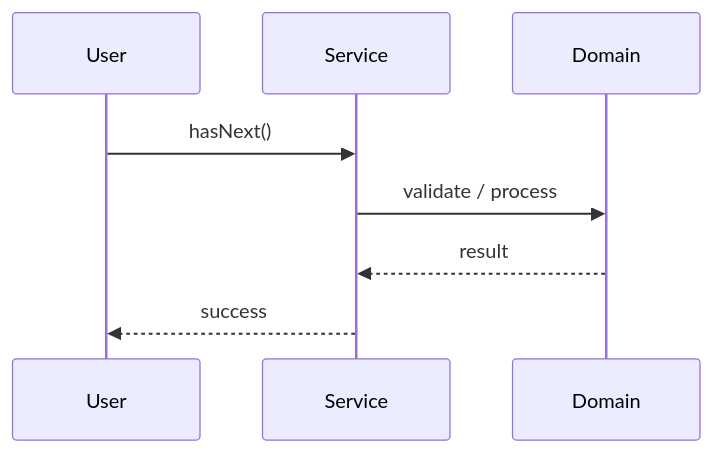
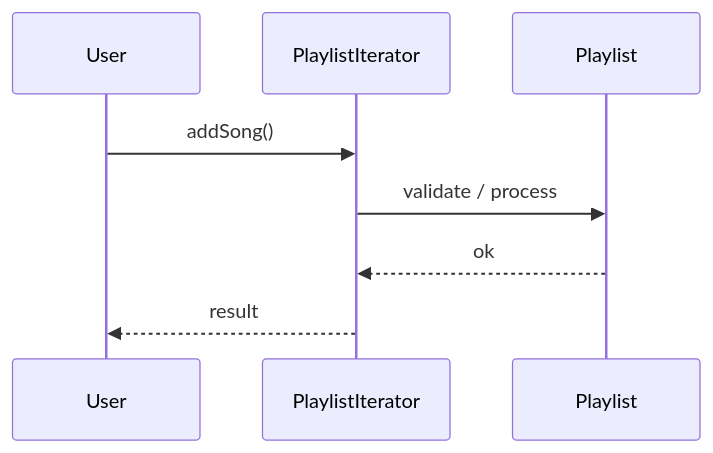
One commit to madhupaila/Interview-Prep-SSE changed the second of 3 diagrams in Learn/System Design - Low Level Design/03-design-patterns/questions/Q17-iterator-playlist.md. Above: the diagram before and after it, drawn with Mermaid. The commit also changed other lines of this file and 491 other files, not shown here.

````diff
--- a/Learn/System Design - Low Level Design/03-design-patterns/questions/Q17-iterator-playlist.md
+++ b/Learn/System Design - Low Level Design/03-design-patterns/questions/Q17-iterator-playlist.md
@@ -120,10 +143,10 @@
 ```mermaid
 sequenceDiagram
-    participant U as User
-    participant S as Service
-    participant D as Domain
-    U->>S: hasNext()
-    S->>D: validate / process
-    D-->>S: result
-    S-->>U: success
+participant U as User
+participant S as PlaylistIterator
+participant D as Playlist
+U->>S: addSong()
+S->>D: validate / process
+D-->>S: ok
+S-->>U: result
 ```
````
